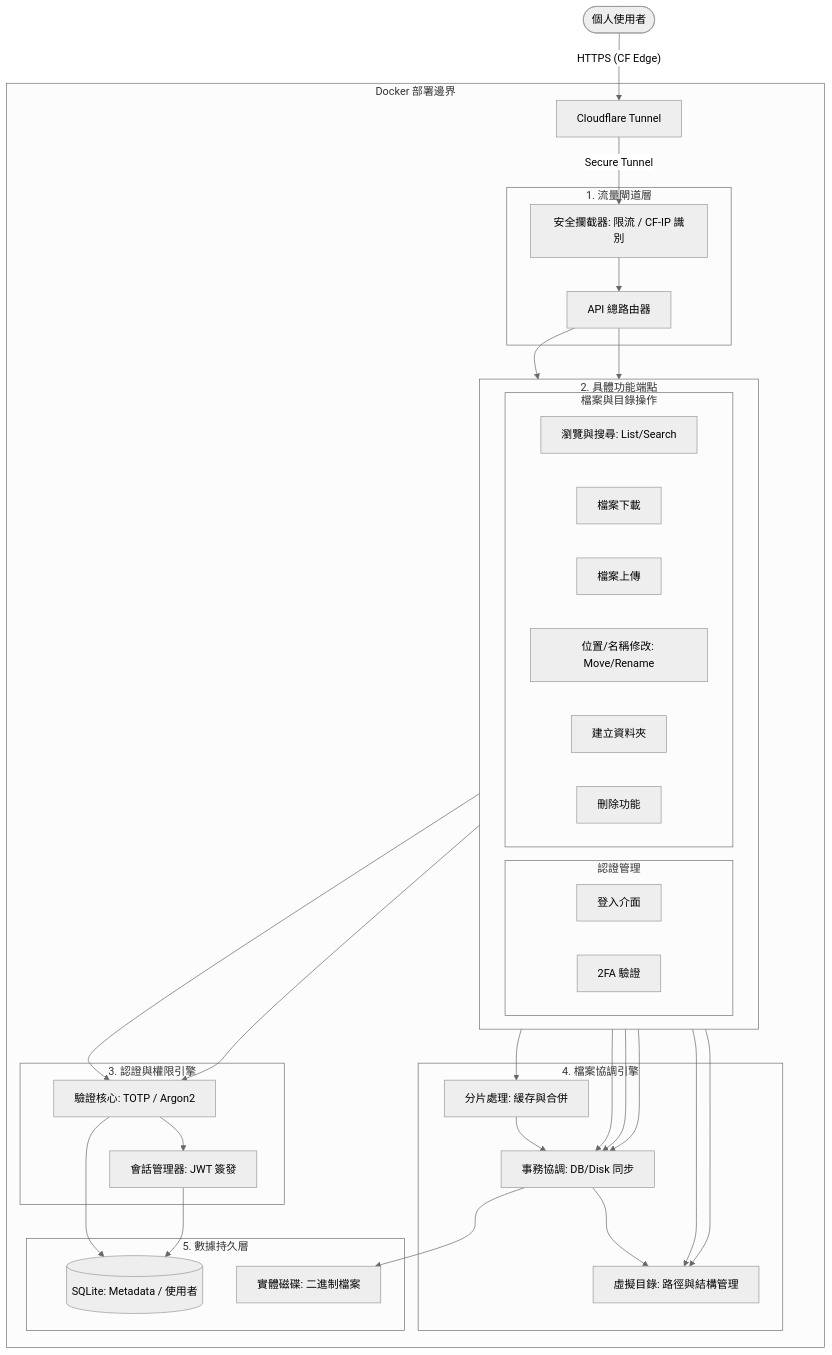
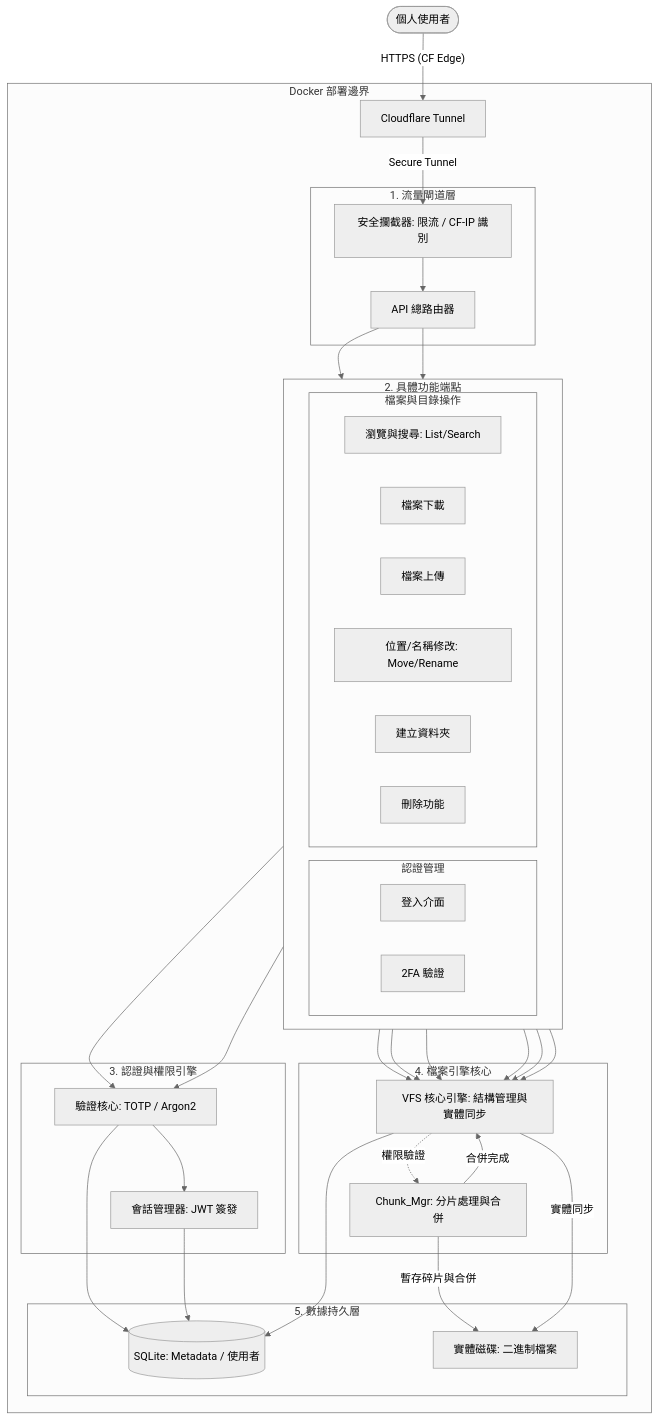
The diagram in README.md (Salt-Shio/FileBrowser), drawn with Mermaid (neutral theme) before and after one commit. The commit also changed other lines of this file and 1 other file, not shown here.

Commit message:
更新系統架構，統一讓 VFS 主持檔案操作功能

````diff
--- a/README.md
+++ b/README.md
@@ -7,78 +7,76 @@
 ```mermaid
 graph TD
     %% 外部請求流向
     User([個人使用者]) -- HTTPS (CF Edge) --> CF_Tunnel[Cloudflare Tunnel]
     
     subgraph Docker_Boundary [Docker 部署邊界]
         CF_Tunnel -- Secure Tunnel --> Ingress
         
         subgraph Layer_1 [1. 流量閘道層]
             Ingress[安全攔截器: 限流 / CF-IP 識別]
             Router[API 總路由器]
             Ingress --> Router
         end
 
     %% 第二層：具體業務端點 (Features)
     subgraph Layer_2 [2. 具體功能端點]
         direction LR
         subgraph Auth_Endpoints [認證管理]
             EP_Login[登入介面]
             EP_2FA[2FA 驗證]
         end
         subgraph File_Endpoints [檔案與目錄操作]
             EP_Browse[瀏覽與搜尋: List/Search]
             EP_Download[檔案下載]
             EP_Upload[檔案上傳]
             EP_Modify[位置/名稱修改: Move/Rename]
             EP_Mkdir[建立資料夾]
             EP_Delete[刪除功能]
         end
     end
 
     Router --> Auth_Endpoints
     Router --> File_Endpoints
 
     %% 第三層：核心業務引擎 (Engines)
     subgraph Layer_3_Auth [3. 認證與權限引擎]
         Auth_Core[驗證核心: TOTP / Argon2]
         Session_Mgr[會話管理器: JWT 簽發]
         Auth_Core --> Session_Mgr
     end
 
-    subgraph Layer_3_File [4. 檔案協調引擎]
-        VFS[虛擬目錄: 路徑與結構管理]
-        Chunk_Mgr[分片處理: 緩存與合併]
-        Tx_Coord[事務協調: DB/Disk 同步]
+    subgraph Layer_3_File [4. 檔案引擎核心]
+        VFS_Engine[VFS 核心引擎: 結構管理與實體同步]
+        Chunk_Mgr[Chunk_Mgr: 分片處理與合併]
         
-        Chunk_Mgr --> Tx_Coord
-        Tx_Coord --> VFS
+        %% 內部邏輯流
+        VFS_Engine -. 權限驗證 .-> Chunk_Mgr
+        Chunk_Mgr -- 合併完成 --> VFS_Engine
     end
 
     %% 第四層：數據持久化
     subgraph Layer_4 [5. 數據持久層]
         DB[(SQLite: Metadata / 使用者)]
         Disk[實體磁碟: 二進制檔案]
     end
 
-    %% 跨層對接邏輯 (合併與獨立處理)
+    %% 跨層對接邏輯
     EP_Login --> Auth_Core
     EP_2FA --> Auth_Core
     
-    %% 查詢類：對接 VFS
-    EP_Browse --> VFS
-    
-    %% 傳輸類：對接 Uploader 或 Disk
-    EP_Upload --> Chunk_Mgr
-    EP_Download --> VFS
-    
-    %% 變更類：對接 Tx_Coord (實體同步)
-    EP_Modify --> Tx_Coord
-    EP_Mkdir --> Tx_Coord
-    EP_Delete --> Tx_Coord
+    %% 檔案操作：統一對接 VFS 引擎
+    EP_Browse --> VFS_Engine
+    EP_Download --> VFS_Engine
+    EP_Upload --> VFS_Engine
+    EP_Modify --> VFS_Engine
+    EP_Mkdir --> VFS_Engine
+    EP_Delete --> VFS_Engine
 
     %% 底層持久化
     Auth_Core --> DB
     Session_Mgr --> DB
-    Tx_Coord --> Disk
+    VFS_Engine --> DB
+    Chunk_Mgr -- 暫存碎片與合併 --> Disk
+    VFS_Engine -- 實體同步 --> Disk
     end
 ```
````
